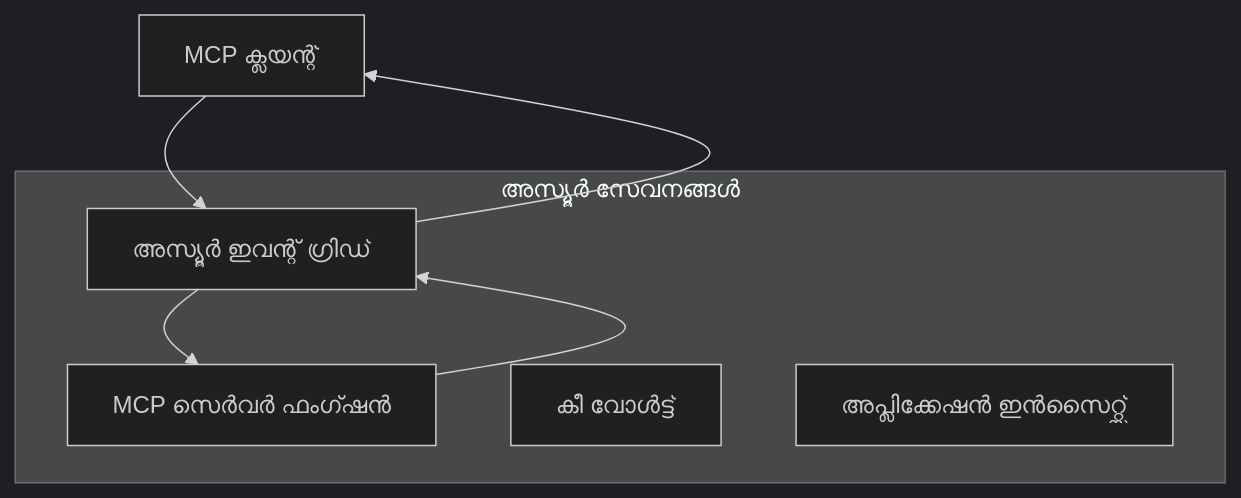
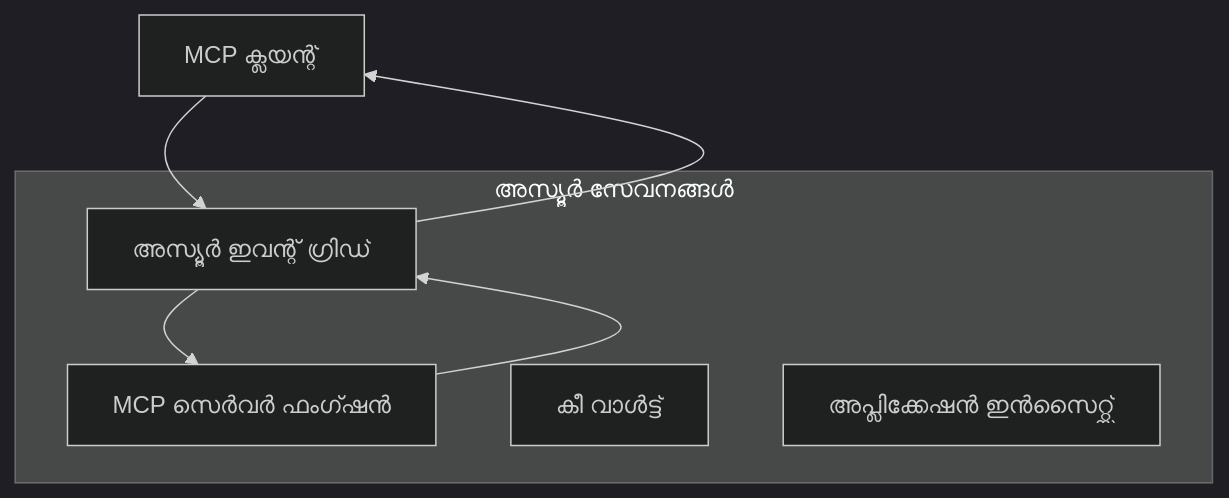
One commit to microsoft/mcp-for-beginners changed the first of 2 diagrams in translations/ml/05-AdvancedTopics/mcp-transport/README.md. Above: the diagram before and after it, drawn with Mermaid (dark theme). The commit also changed other lines of this file and 99 other files, not shown here.

````diff
--- a/translations/ml/05-AdvancedTopics/mcp-transport/README.md
+++ b/translations/ml/05-AdvancedTopics/mcp-transport/README.md
@@ -67,14 +67,14 @@
 ```mermaid
 graph TB
     Client[MCP ക്ലയന്റ്] --> EG[അസ്യൂർ ഇവന്റ് ഗ്രിഡ്]
     EG --> Server[MCP സെർവർ ഫംഗ്ഷൻ]
     Server --> EG
     EG --> Client
     
     subgraph "അസ്യൂർ സേവനങ്ങൾ"
         EG
         Server
-        KV[കീ വോൾട്ട്]
+        KV[കീ വാൾട്ട്]
         Monitor[അപ്ലിക്കേഷൻ ഇൻസൈറ്റ്സ്]
     end
 ```
````
